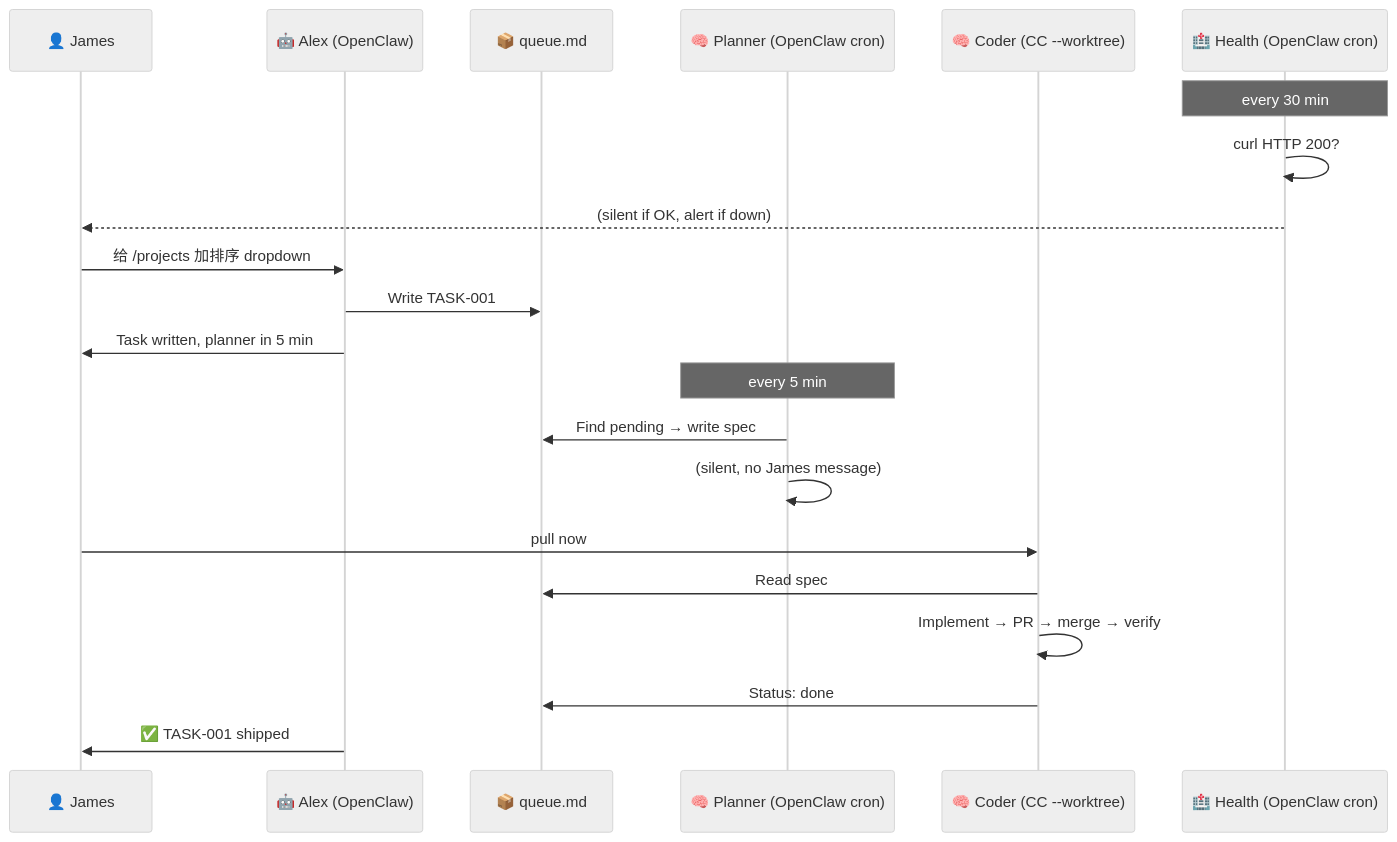
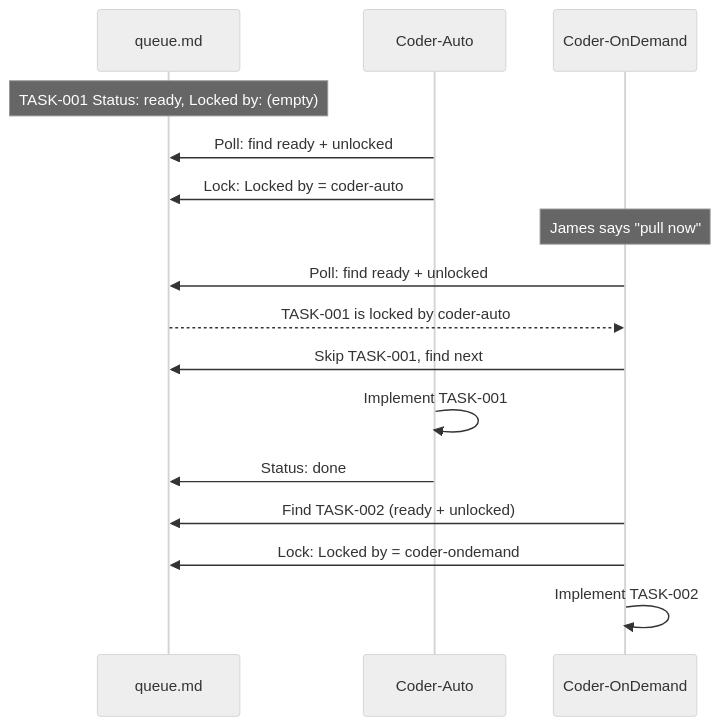
Before and after one commit to JamesHuang22/product-tracer: the third of 3 diagrams in doc/AUTOMATION_SYSTEM.md, drawn with Mermaid (neutral theme). The commit also changed other lines of this file and 1 other file, not shown here.

Commit message:
docs: v3 — two coders with lock mechanism, Coder-Auto (30min poll) + Coder-OnDemand (pull now)

````diff
--- a/doc/AUTOMATION_SYSTEM.md
+++ b/doc/AUTOMATION_SYSTEM.md
@@ -255,28 +228,23 @@
 ```mermaid
 sequenceDiagram
-    participant J as 👤 James
-    participant A as 🤖 Alex (OpenClaw)
-    participant Q as 📦 queue.md
-    participant P as 🧠 Planner (OpenClaw cron)
-    participant C as 🧠 Coder (CC --worktree)
-    participant H as 🏥 Health (OpenClaw cron)
+    participant Q as queue.md
+    participant CA as Coder-Auto
+    participant CO as Coder-OnDemand
 
-    Note over H: every 30 min
-    H->>H: curl HTTP 200?
-    H-->>J: (silent if OK, alert if down)
+    Note over Q: TASK-001 Status: ready, Locked by: (empty)
 
-    J->>A: 给 /projects 加排序 dropdown
-    A->>Q: Write TASK-001
-    A->>J: Task written, planner in 5 min
+    CA->>Q: Poll: find ready + unlocked
+    CA->>Q: Lock: Locked by = coder-auto
 
-    Note over P: every 5 min
-    P->>Q: Find pending → write spec
-    P->>P: (silent, no James message)
+    Note over CO: James says "pull now"
+    CO->>Q: Poll: find ready + unlocked
+    Q-->>CO: TASK-001 is locked by coder-auto
+    CO->>Q: Skip TASK-001, find next
 
-    J->>C: pull now
-    C->>Q: Read spec
-    C->>C: Implement → PR → merge → verify
-    C->>Q: Status: done
+    CA->>CA: Implement TASK-001
+    CA->>Q: Status: done
 
-    A->>J: ✅ TASK-001 shipped
+    CO->>Q: Find TASK-002 (ready + unlocked)
+    CO->>Q: Lock: Locked by = coder-ondemand
+    CO->>CO: Implement TASK-002
 ```
````
